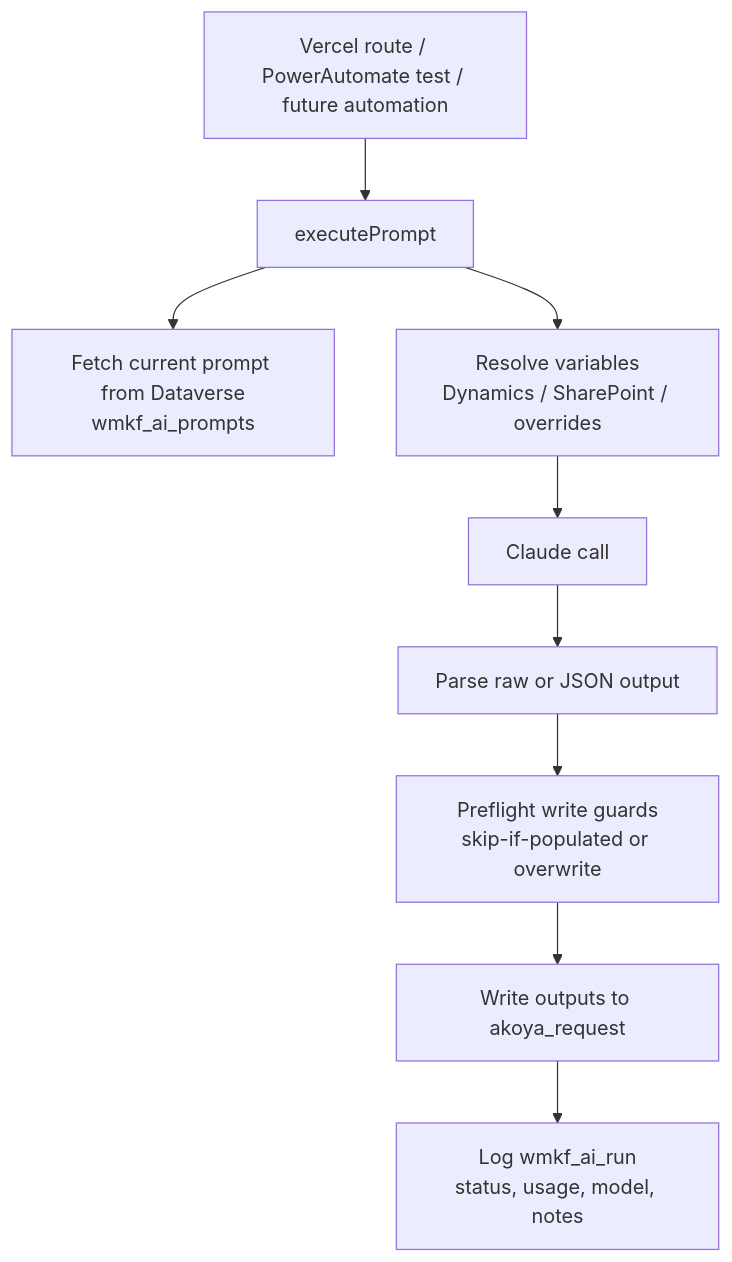
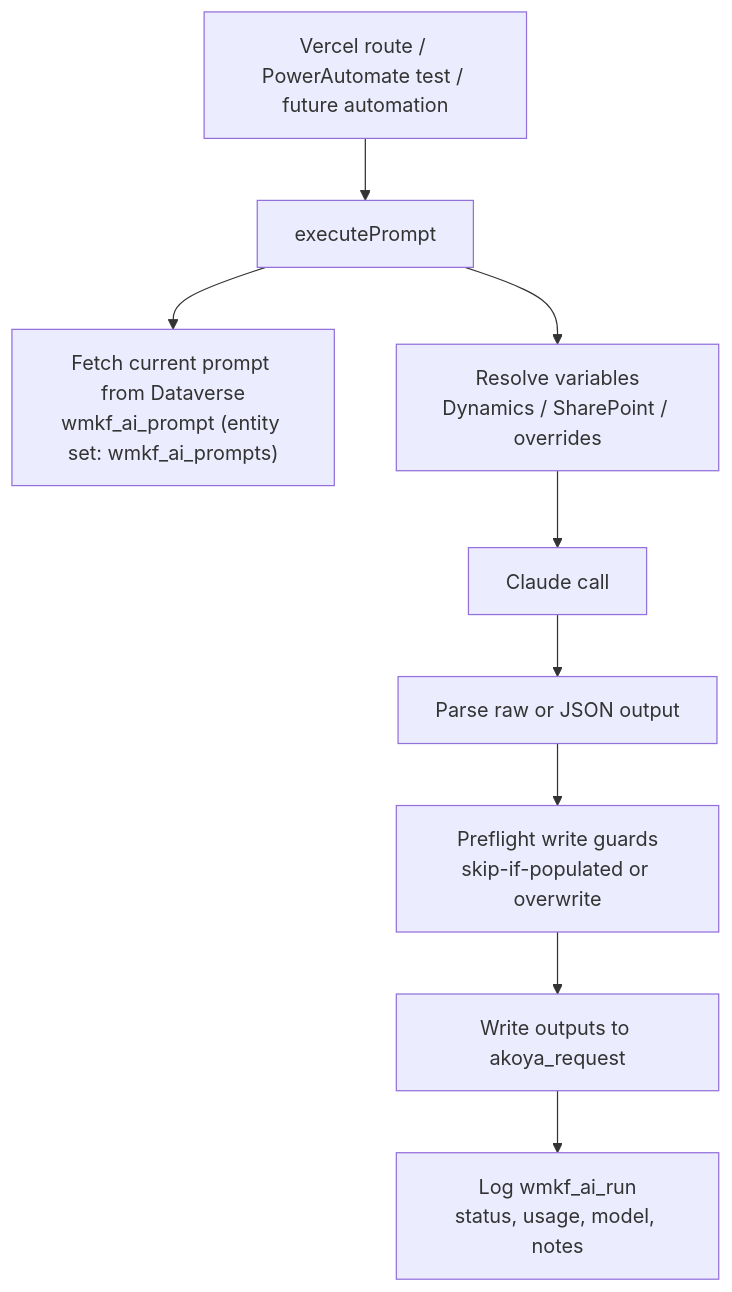
Before and after one commit to justingallivan/Phase-II-Summaries: the ninth of 10 diagrams in docs/CODEBASE_STATUS_2026-05-04.md, drawn with Mermaid. The commit also changed other lines of this file, not shown here.

````diff
--- a/docs/CODEBASE_STATUS_2026-05-04.md
+++ b/docs/CODEBASE_STATUS_2026-05-04.md
@@ -306,11 +311,11 @@
 ```mermaid
 flowchart TB
   Trigger["Vercel route / PowerAutomate test / future automation"] --> Executor["executePrompt"]
-  Executor --> Prompt["Fetch current prompt from Dataverse<br/>wmkf_ai_prompts"]
+  Executor --> Prompt["Fetch current prompt from Dataverse<br/>wmkf_ai_prompt (entity set: wmkf_ai_prompts)"]
   Executor --> Vars["Resolve variables<br/>Dynamics / SharePoint / overrides"]
   Vars --> Claude["Claude call"]
   Claude --> Parse["Parse raw or JSON output"]
   Parse --> Guards["Preflight write guards<br/>skip-if-populated or overwrite"]
   Guards --> Write["Write outputs to akoya_request"]
   Write --> Run["Log wmkf_ai_run<br/>status, usage, model, notes"]
 ```
````
